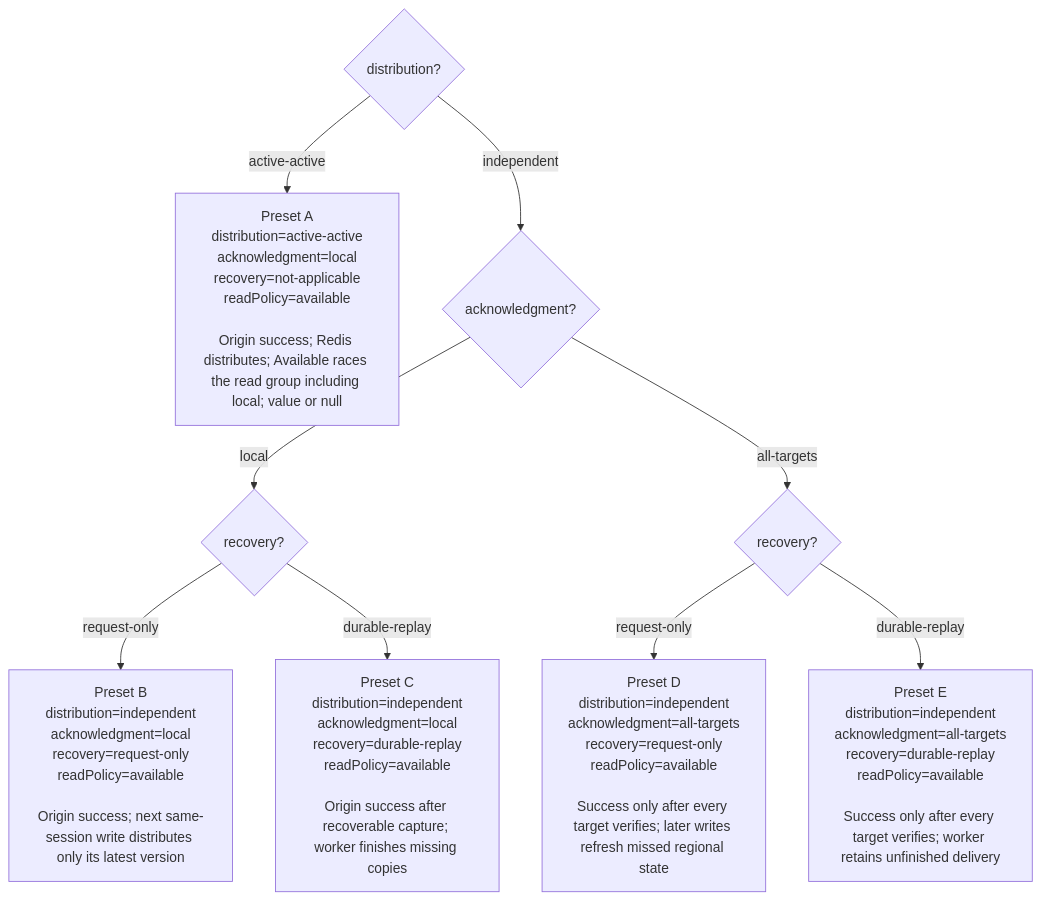
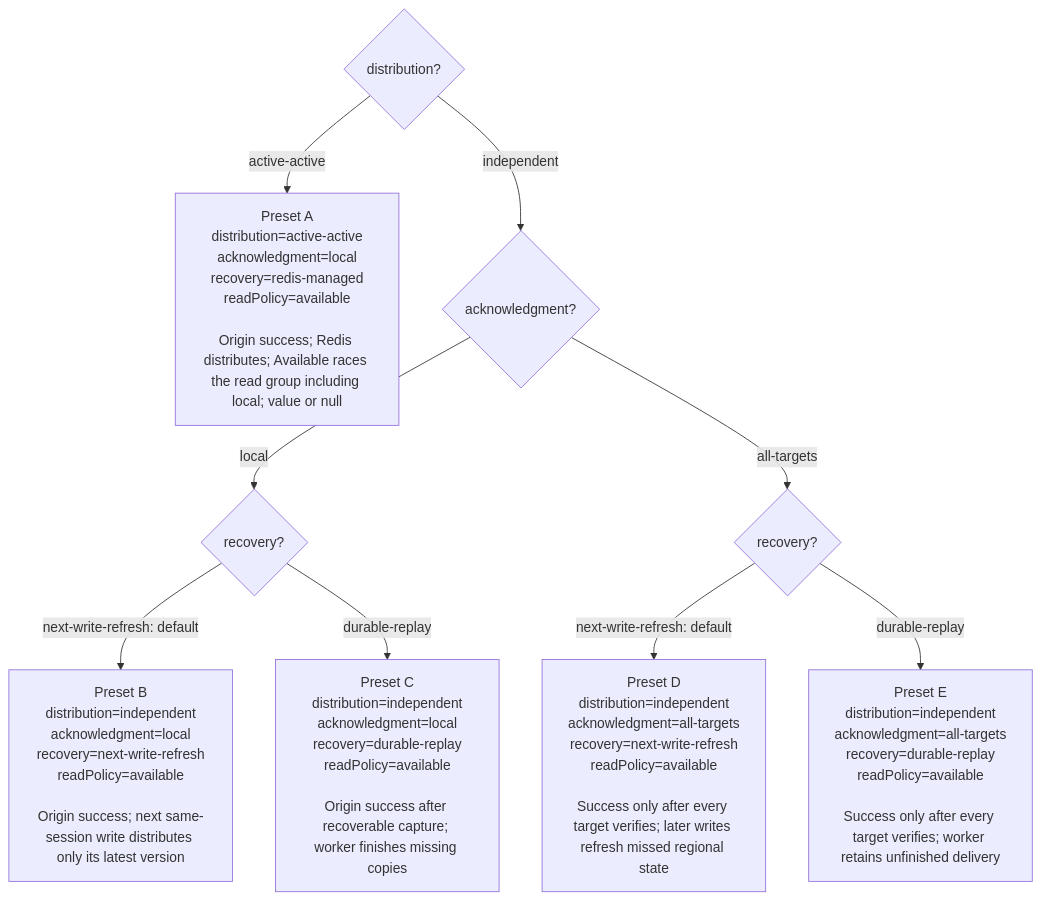
Before and after one commit to alberttwong/redis-multi-region-adapter: the first of 4 diagrams in decisions.md, drawn with Mermaid. The commit also changed other lines of this file and 13 other files, not shown here.

Commit message:
Default independent recovery to next-write refresh

````diff
--- a/decisions.md
+++ b/decisions.md
@@ -17,11 +17,11 @@
 ```mermaid
 flowchart TD
-    Start{"distribution?"} -->|active-active| A["Preset A<br/>distribution=active-active<br/>acknowledgment=local<br/>recovery=not-applicable<br/>readPolicy=available<br/><br/>Origin success; Redis distributes; Available races the read group including local; value or null"]
+    Start{"distribution?"} -->|active-active| A["Preset A<br/>distribution=active-active<br/>acknowledgment=local<br/>recovery=redis-managed<br/>readPolicy=available<br/><br/>Origin success; Redis distributes; Available races the read group including local; value or null"]
     Start -->|independent| Ack{"acknowledgment?"}
     Ack -->|local| LocalRecovery{"recovery?"}
-    LocalRecovery -->|request-only| B["Preset B<br/>distribution=independent<br/>acknowledgment=local<br/>recovery=request-only<br/>readPolicy=available<br/><br/>Origin success; next same-session write distributes only its latest version"]
+    LocalRecovery -->|next-write-refresh: default| B["Preset B<br/>distribution=independent<br/>acknowledgment=local<br/>recovery=next-write-refresh<br/>readPolicy=available<br/><br/>Origin success; next same-session write distributes only its latest version"]
     LocalRecovery -->|durable-replay| C["Preset C<br/>distribution=independent<br/>acknowledgment=local<br/>recovery=durable-replay<br/>readPolicy=available<br/><br/>Origin success after recoverable capture; worker finishes missing copies"]
     Ack -->|all-targets| AllRecovery{"recovery?"}
-    AllRecovery -->|request-only| D["Preset D<br/>distribution=independent<br/>acknowledgment=all-targets<br/>recovery=request-only<br/>readPolicy=available<br/><br/>Success only after every target verifies; later writes refresh missed regional state"]
+    AllRecovery -->|next-write-refresh: default| D["Preset D<br/>distribution=independent<br/>acknowledgment=all-targets<br/>recovery=next-write-refresh<br/>readPolicy=available<br/><br/>Success only after every target verifies; later writes refresh missed regional state"]
     AllRecovery -->|durable-replay| E["Preset E<br/>distribution=independent<br/>acknowledgment=all-targets<br/>recovery=durable-replay<br/>readPolicy=available<br/><br/>Success only after every target verifies; worker retains unfinished delivery"]
 ```
````
